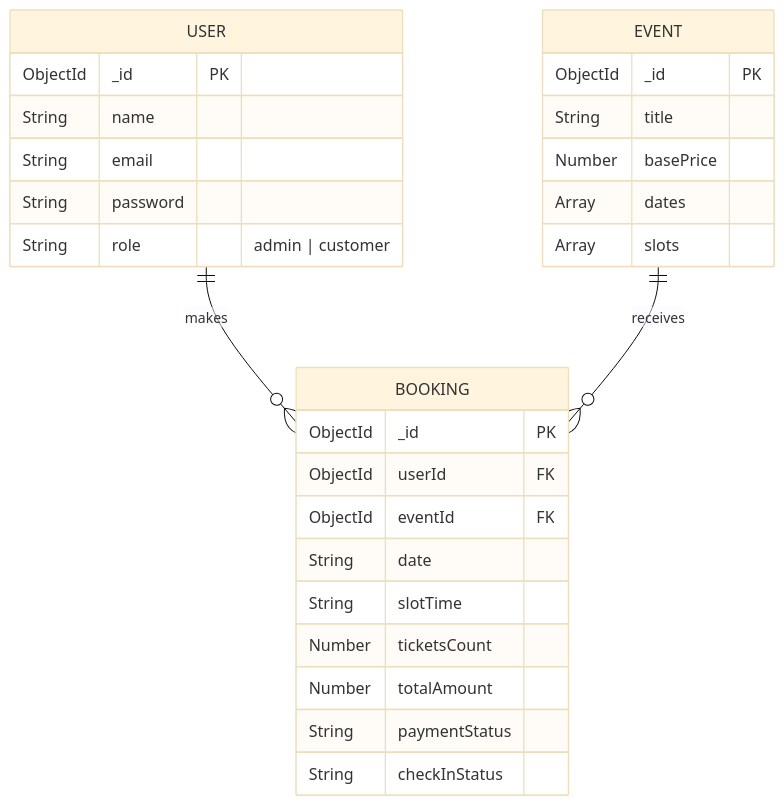
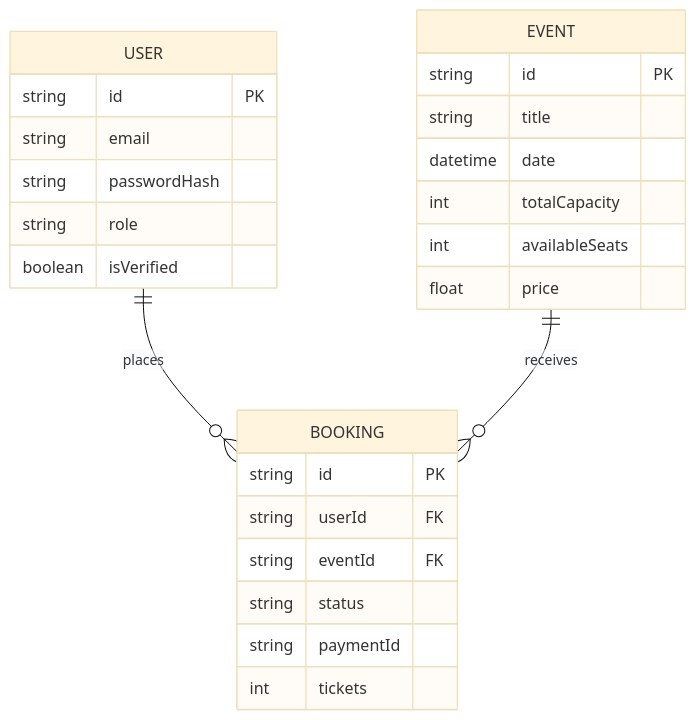
Before and after one commit to prawinkumar2k/suvaialaya: the second of 2 diagrams in README.md, drawn with Mermaid (base theme). The commit also changed other lines of this file and 1 other file, not shown here.

````diff
--- a/README.md
+++ b/README.md
@@ -319,31 +43,28 @@
 ```mermaid
 erDiagram
+    USER ||--o{ BOOKING : places
+    EVENT ||--o{ BOOKING : receives
     USER {
-        ObjectId _id PK
-        String name
-        String email
-        String password
-        String role "admin | customer"
+        string id PK
+        string email
+        string passwordHash
+        string role
+        boolean isVerified
     }
     EVENT {
-        ObjectId _id PK
-        String title
-        Number basePrice
-        Array dates
-        Array slots
+        string id PK
+        string title
+        datetime date
+        int totalCapacity
+        int availableSeats
+        float price
     }
     BOOKING {
-        ObjectId _id PK
-        ObjectId userId FK
-        ObjectId eventId FK
-        String date
-        String slotTime
-        Number ticketsCount
-        Number totalAmount
-        String paymentStatus
-        String checkInStatus
+        string id PK
+        string userId FK
+        string eventId FK
+        string status
+        string paymentId
+        int tickets
     }
-
-    USER ||--o{ BOOKING : makes
-    EVENT ||--o{ BOOKING : receives
 ```
````
